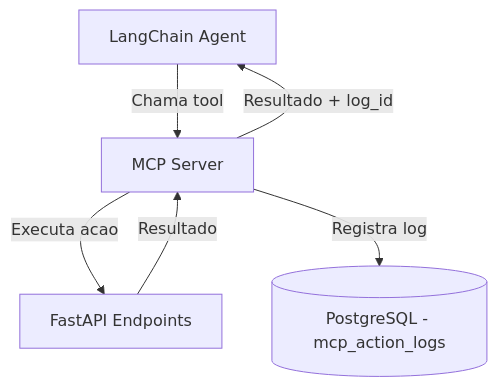
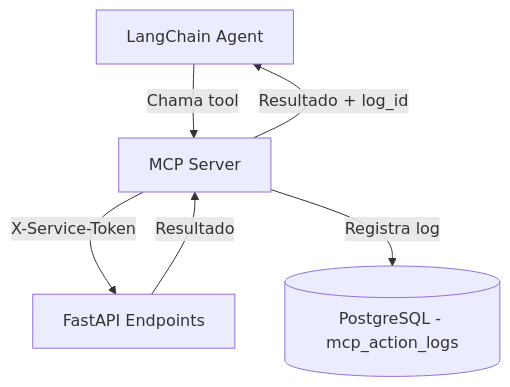
One commit to Weym/desafio-fcg3 changed the first of 2 diagrams in docs/mcp.md. Above: the diagram before and after it, drawn with Mermaid. The commit also changed other lines of this file and 6 other files, not shown here.

````diff
--- a/docs/mcp.md
+++ b/docs/mcp.md
@@ -10,8 +10,8 @@
 ```mermaid
 graph TB
     AGENT[LangChain Agent] -->|Chama tool| MCP[MCP Server]
-    MCP -->|Executa acao| API[FastAPI Endpoints]
+    MCP -->|X-Service-Token| API[FastAPI Endpoints]
     MCP -->|Registra log| DB[(PostgreSQL - mcp_action_logs)]
     API -->|Resultado| MCP
     MCP -->|Resultado + log_id| AGENT
 ```
````
